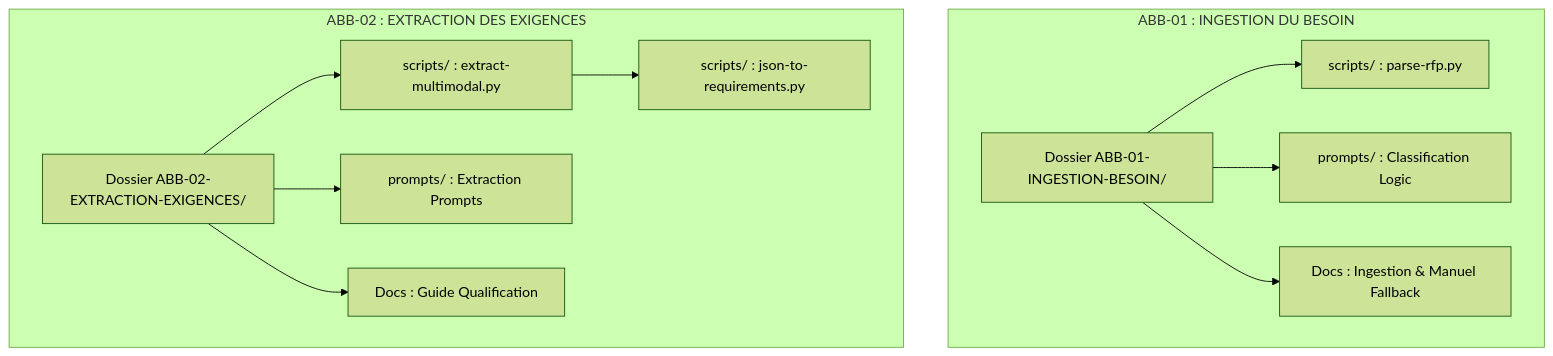
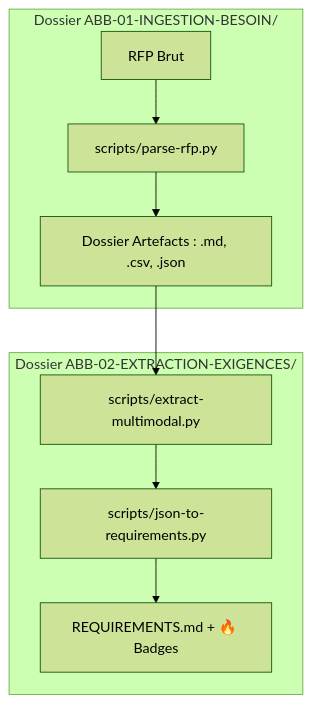
The diagram in 00-GOUVERNANCE/LLM_MASTER_KNOWLEDGE.md (RodMan121/i-ingestion_lecture_rfp), drawn with Mermaid (forest theme) before and after one commit. The commit also changed other lines of this file and 2 other files, not shown here.

Commit message:
docs: release full documentation v3.2 (Production-Grade) with global hashing and multimodal logic

````diff
--- a/00-GOUVERNANCE/LLM_MASTER_KNOWLEDGE.md
+++ b/00-GOUVERNANCE/LLM_MASTER_KNOWLEDGE.md
@@ -13,17 +13,13 @@
 ```mermaid
 graph TD
-    subgraph ABB-01 : INGESTION DU BESOIN
-        DIR1[Dossier ABB-01-INGESTION-BESOIN/]
-        DIR1 --> P1[scripts/ : parse-rfp.py]
-        DIR1 --> PR1[prompts/ : Classification Logic]
-        DIR1 --> DOC1[Docs : Ingestion & Manuel Fallback]
+    subgraph ABB-01 : INGESTION [Dossier ABB-01-INGESTION-BESOIN/]
+        RAW[RFP Brut] --> P1[scripts/parse-rfp.py]
+        P1 --> ARTEFACTS[Dossier Artefacts : .md, .csv, .json]
     end
-
-    subgraph ABB-02 : EXTRACTION DES EXIGENCES
-        DIR2[Dossier ABB-02-EXTRACTION-EXIGENCES/]
-        DIR2 --> P2[scripts/ : extract-multimodal.py]
-        DIR2 --> PR2[prompts/ : Extraction Prompts]
-        DIR2 --> DOC2[Docs : Guide Qualification]
-        P2 --> P3[scripts/ : json-to-requirements.py]
+    
+    subgraph ABB-02 : EXTRACTION [Dossier ABB-02-EXTRACTION-EXIGENCES/]
+        ARTEFACTS --> P2[scripts/extract-multimodal.py]
+        P2 --> P3[scripts/json-to-requirements.py]
+        P3 --> REQ[REQUIREMENTS.md + 🔥 Badges]
     end
 ```
````
